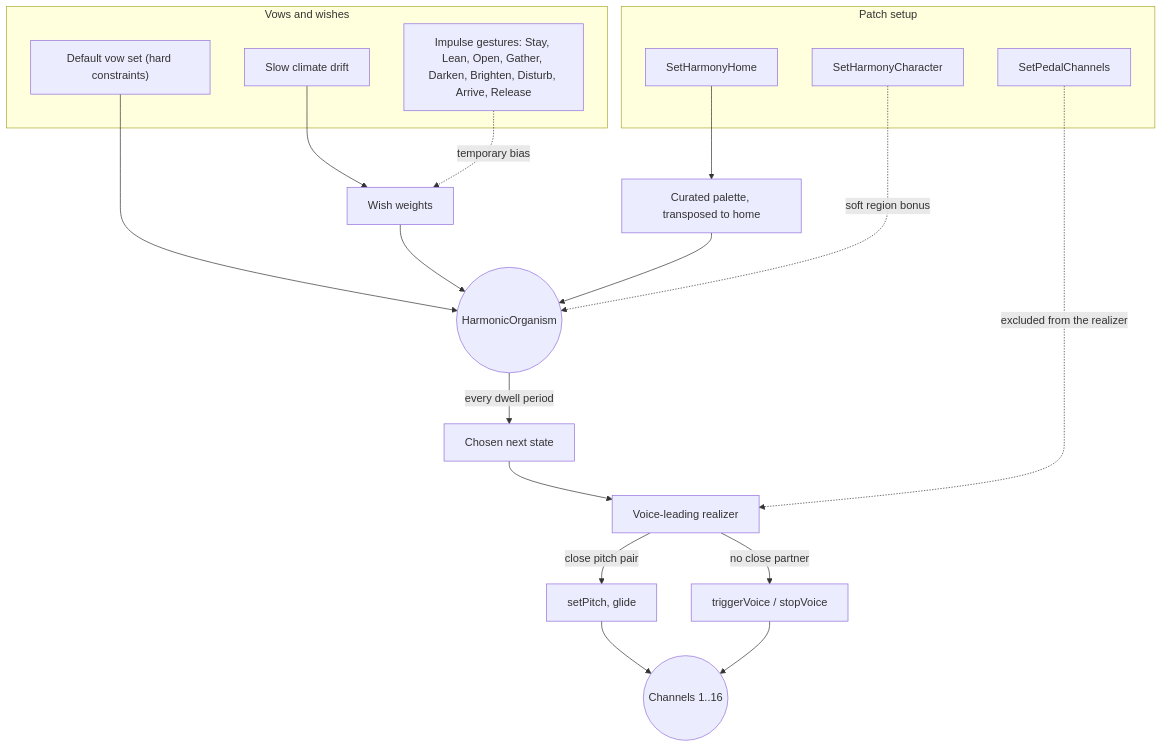
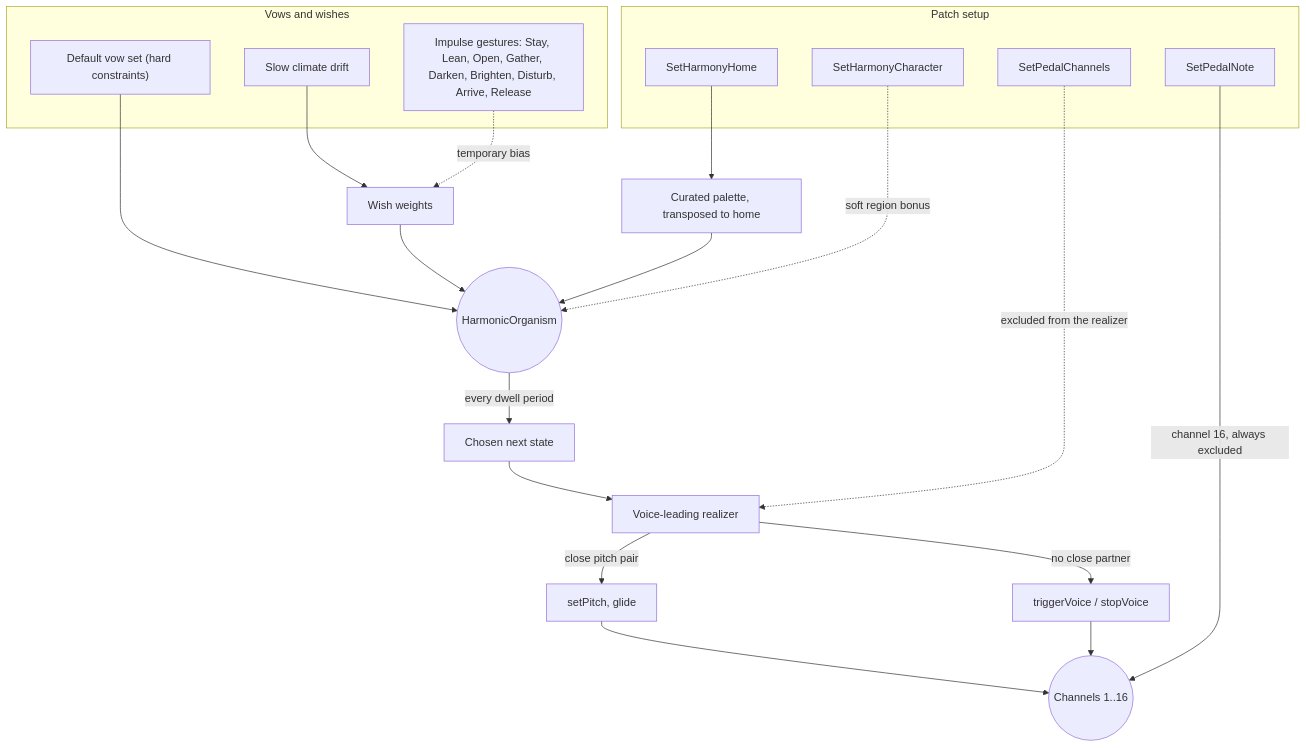
One commit to scjurgen/AbacDsp changed the second of 2 diagrams in examples/ambientpad/README.md. Above: the diagram before and after it, drawn with Mermaid. The commit also changed other lines of this file and 15 other files, not shown here.

Commit message:
Add a dedicated pedal-note channel to ambientpad, always excluded from voice leading

````diff
--- a/examples/ambientpad/README.md
+++ b/examples/ambientpad/README.md
@@ -102,33 +102,35 @@
 ```mermaid
 flowchart TD
     subgraph SETUP["Patch setup"]
         HOME["SetHarmonyHome"]
         CHAR["SetHarmonyCharacter"]
-        PEDAL["SetPedalChannels"]
+        PEDALCH["SetPedalChannels"]
+        PEDAL["SetPedalNote"]
     end
 
     subgraph PREF["Vows and wishes"]
         VOWS["Default vow set (hard constraints)"]
         CLIMATE["Slow climate drift"]
         IMPULSES["Impulse gestures: Stay, Lean, Open, Gather, Darken, Brighten, Disturb, Arrive, Release"]
     end
 
     CLIMATE --> WEIGHTS["Wish weights"]
     IMPULSES -.->|temporary bias| WEIGHTS
 
     HOME --> PALETTE["Curated palette, transposed to home"]
     PALETTE --> ORGANISM(("HarmonicOrganism"))
     VOWS --> ORGANISM
     WEIGHTS --> ORGANISM
     CHAR -.->|soft region bonus| ORGANISM
 
     ORGANISM -->|every dwell period| TRANSITION["Chosen next state"]
     TRANSITION --> REALIZER["Voice-leading realizer"]
-    PEDAL -.->|excluded from the realizer| REALIZER
+    PEDALCH -.->|excluded from the realizer| REALIZER
 
     REALIZER -->|close pitch pair| GLIDE["setPitch, glide"]
     REALIZER -->|no close partner| FADE["triggerVoice / stopVoice"]
 
     GLIDE --> VOICES(("Channels 1..16"))
     FADE --> VOICES
+    PEDAL -->|channel 16, always excluded| VOICES
 ```
````
